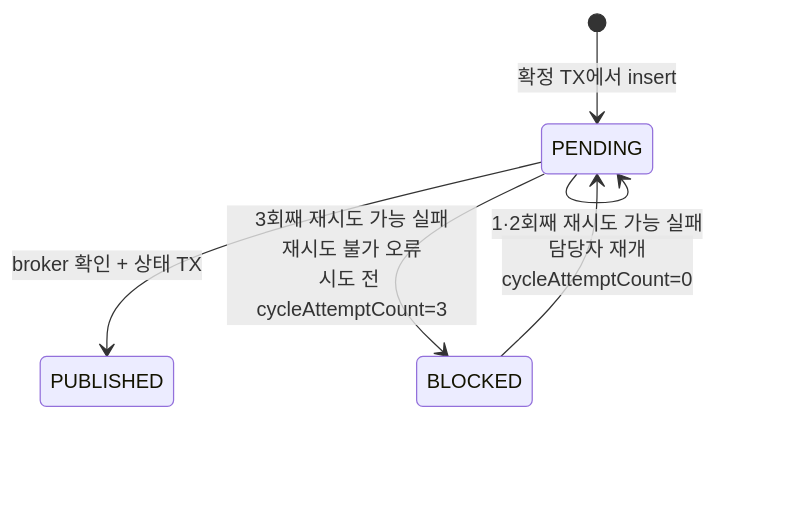
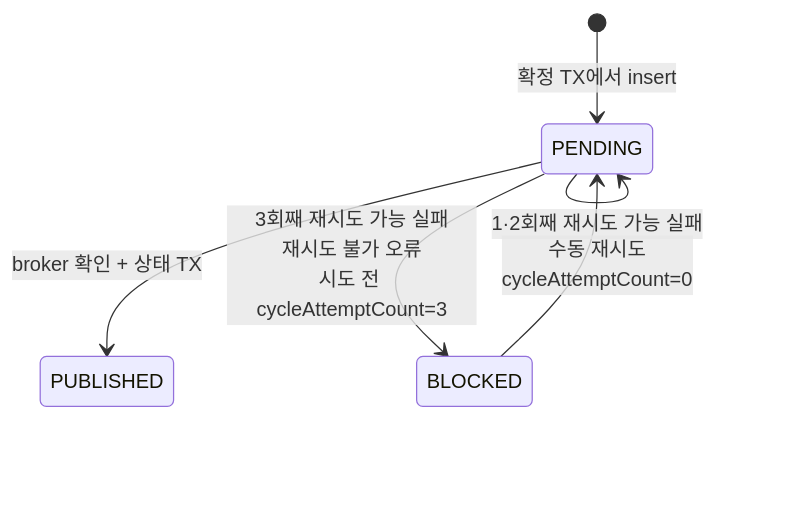
Before and after one commit to loopers-labs/loop-pack-be-l2-vol5-java: the third of 4 diagrams in apps/commerce-api/docs/order-confirmed-outbox-design.md, drawn with Mermaid. The commit also changed other lines of this file and 6 other files, not shown here.

````diff
--- a/apps/commerce-api/docs/order-confirmed-outbox-design.md
+++ b/apps/commerce-api/docs/order-confirmed-outbox-design.md
@@ -136,8 +132,8 @@
 ```mermaid
 stateDiagram-v2
   [*] --> PENDING: 확정 TX에서 insert
   PENDING --> PUBLISHED: broker 확인 + 상태 TX
   PENDING --> PENDING: 1·2회째 재시도 가능 실패
   PENDING --> BLOCKED: 3회째 재시도 가능 실패<br/>재시도 불가 오류<br/>시도 전 cycleAttemptCount=3
-  BLOCKED --> PENDING: 담당자 재개<br/>cycleAttemptCount=0
+  BLOCKED --> PENDING: 수동 재시도<br/>cycleAttemptCount=0
 ```
````
